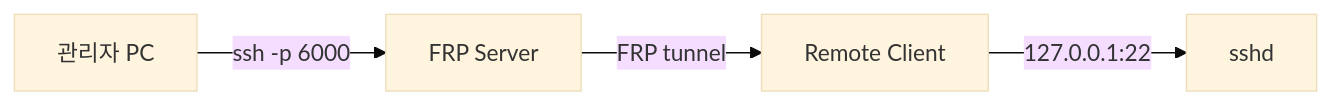
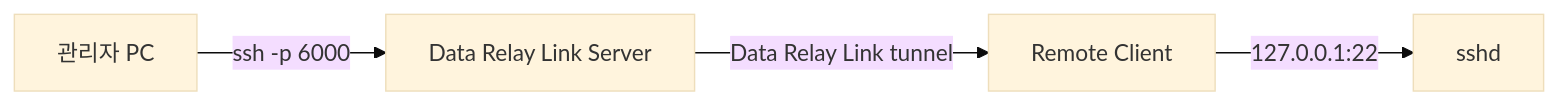
The first of 3 diagrams in ko/guides/ssh.mdx (datarelay-labs/data-relay-link-docs), drawn with Mermaid (base theme) before and after one commit. The commit also changed other lines of this file and 32 other files, not shown here.

````diff
--- a/ko/guides/ssh.mdx
+++ b/ko/guides/ssh.mdx
@@ -13,6 +13,6 @@
 ```mermaid
 flowchart LR
-    U[관리자 PC] -->|ssh -p 6000| S[FRP Server]
-    S -->|FRP tunnel| C[Remote Client]
+    U[관리자 PC] -->|ssh -p 6000| S[Data Relay Link Server]
+    S -->|Data Relay Link tunnel| C[Remote Client]
     C -->|127.0.0.1:22| D[sshd]
 ```
````
